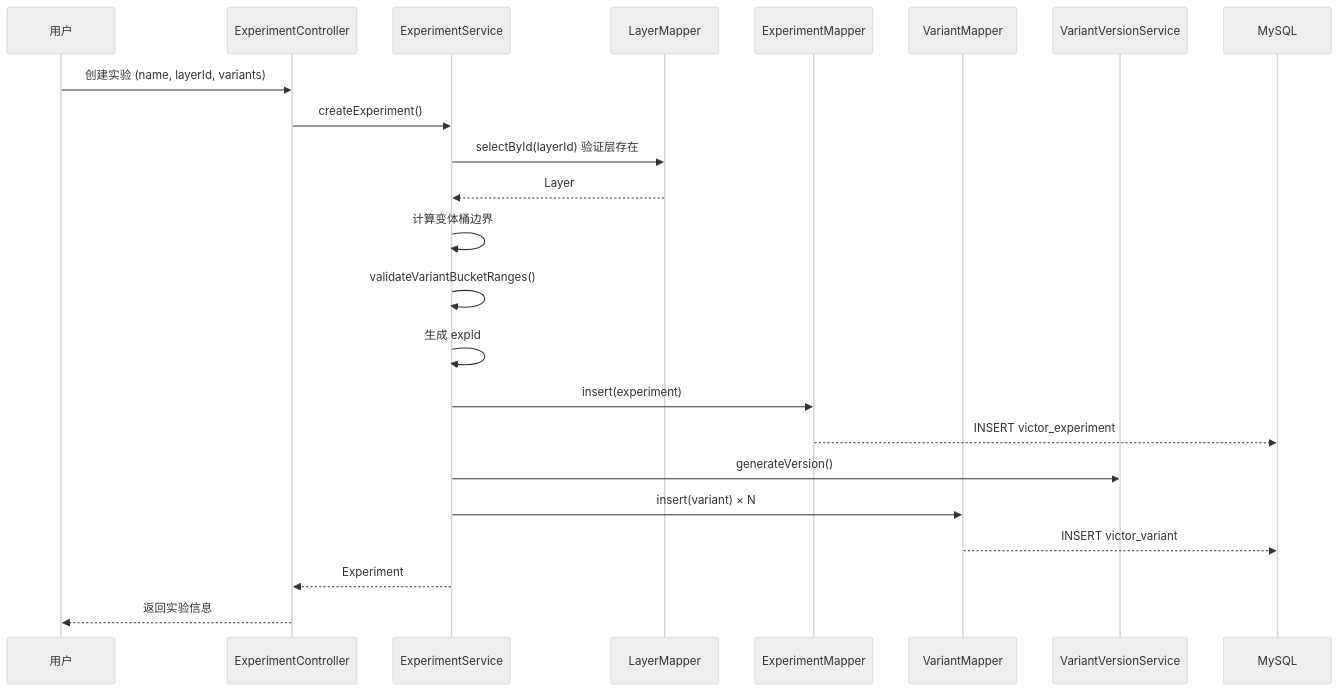
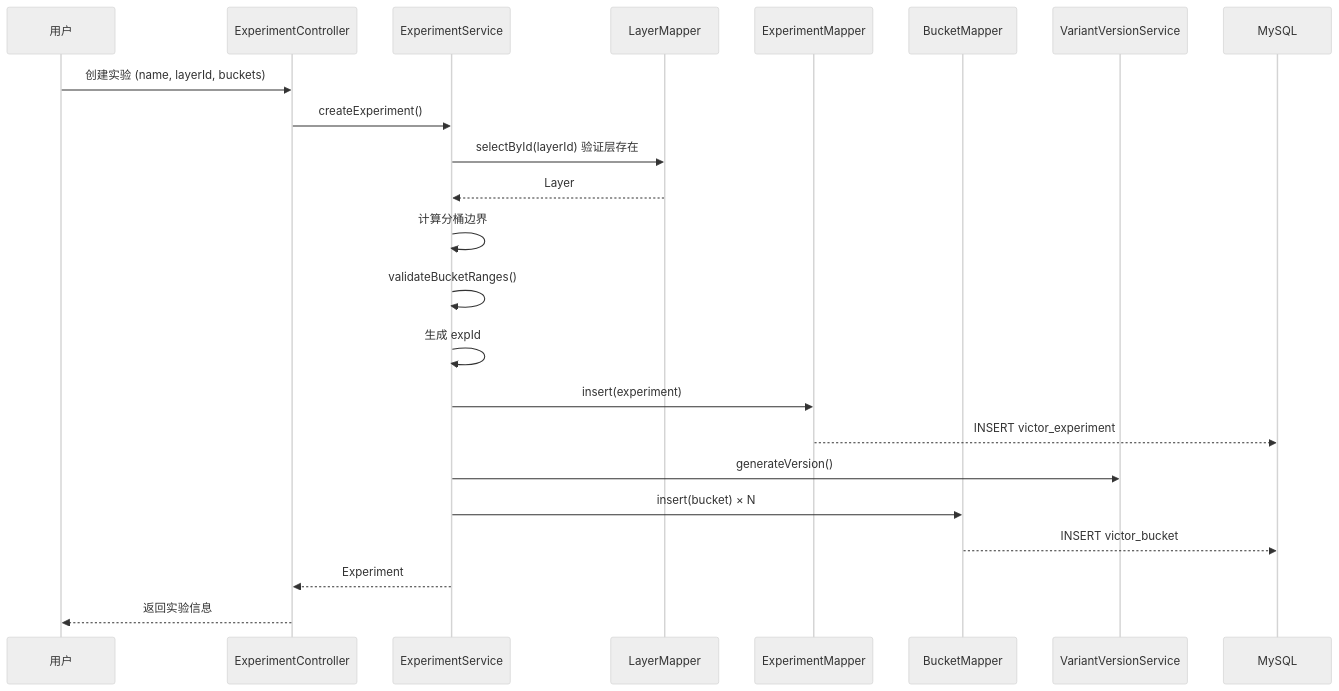
One commit to HiCooper/gate-flow changed the third of 5 diagrams in docs/docs-site/dev/ab-system/data-model.md. Above: the diagram before and after it, drawn with Mermaid (neutral theme). The commit also changed other lines of this file and 30 other files, not shown here.

````diff
--- a/docs/docs-site/dev/ab-system/data-model.md
+++ b/docs/docs-site/dev/ab-system/data-model.md
@@ -218,26 +363,26 @@
 ```mermaid
 sequenceDiagram
     participant U as 用户
     participant API as ExperimentController
     participant S as ExperimentService
     participant LM as LayerMapper
     participant EM as ExperimentMapper
-    participant VM as VariantMapper
+    participant BM as BucketMapper
     participant VMS as VariantVersionService
     participant DB as MySQL
 
-    U->>API: 创建实验 (name, layerId, variants)
+    U->>API: 创建实验 (name, layerId, buckets)
     API->>S: createExperiment()
     S->>LM: selectById(layerId) 验证层存在
     LM-->>S: Layer
-    S->>S: 计算变体桶边界
-    S->>S: validateVariantBucketRanges()
+    S->>S: 计算分桶边界
+    S->>S: validateBucketRanges()
     S->>S: 生成 expId
     S->>EM: insert(experiment)
     EM-->>DB: INSERT victor_experiment
     S->>VMS: generateVersion()
-    S->>VM: insert(variant) × N
-    VM-->>DB: INSERT victor_variant
+    S->>BM: insert(bucket) × N
+    BM-->>DB: INSERT victor_bucket
     S-->>API: Experiment
     API-->>U: 返回实验信息
 ```
````
